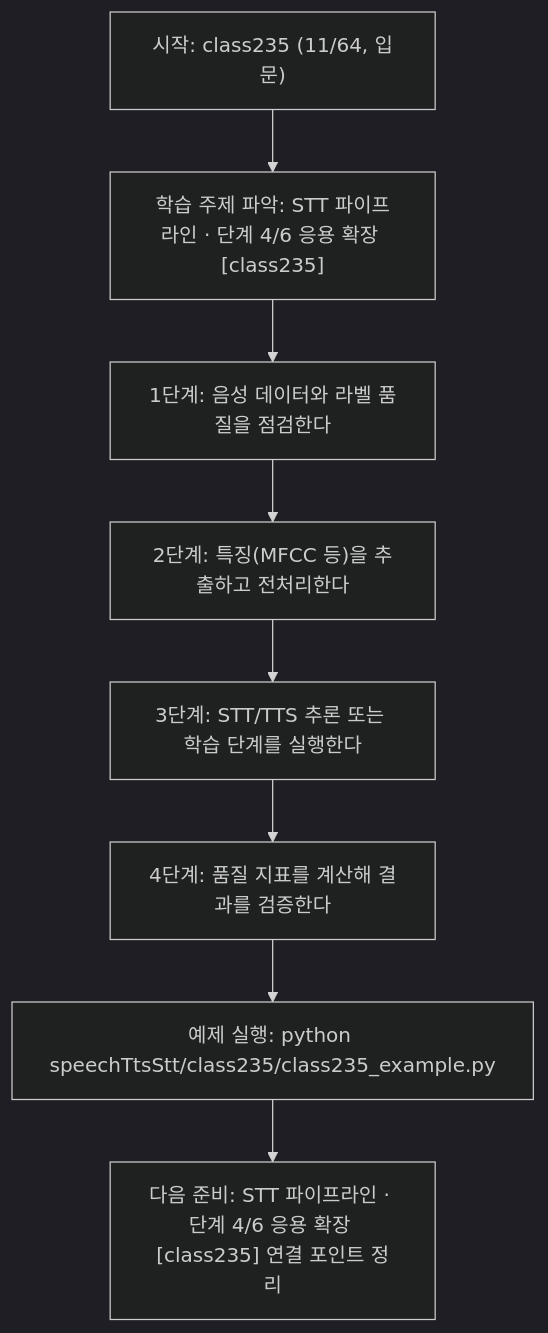
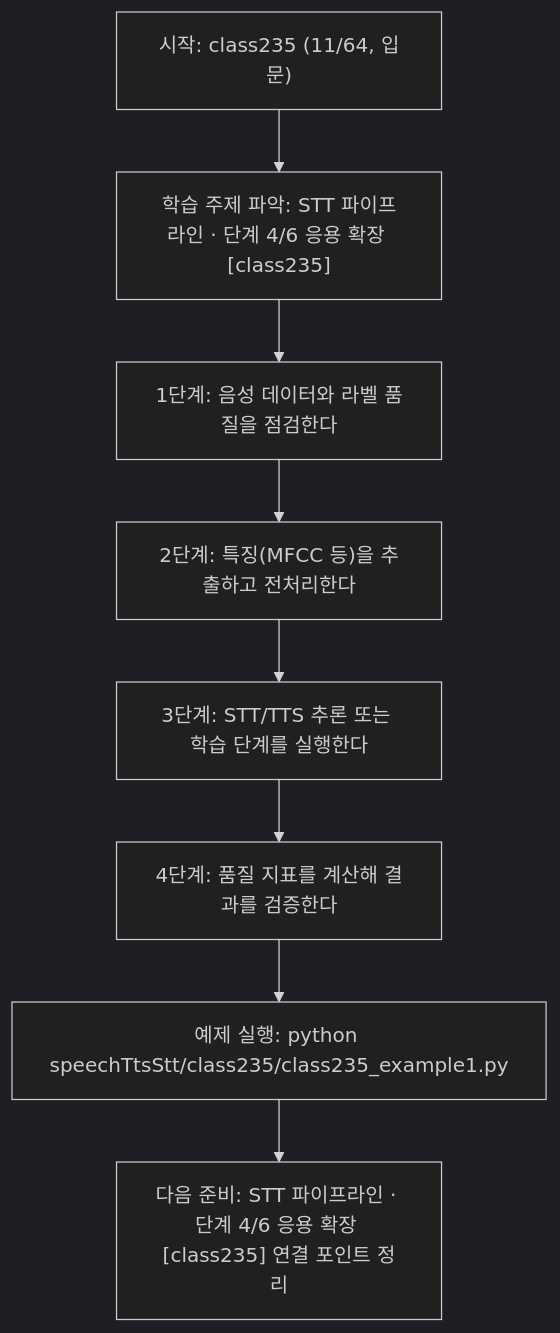
Before and after one commit to edumgt/Python-AI_Agent-Class: the diagram in speechTtsStt/class235/class235.md, drawn with Mermaid (dark theme). The commit also changed other lines of this file and 2959 other files, not shown here.

````diff
--- a/speechTtsStt/class235/class235.md
+++ b/speechTtsStt/class235/class235.md
@@ -113,18 +113,18 @@
 ```mermaid
 flowchart TD
 N1["시작: class235 (11/64, 입문)"]
 N2["학습 주제 파악: STT 파이프라인 · 단계 4/6 응용 확장 [class235]"]
 N3["1단계: 음성 데이터와 라벨 품질을 점검한다"]
 N4["2단계: 특징(MFCC 등)을 추출하고 전처리한다"]
 N5["3단계: STT/TTS 추론 또는 학습 단계를 실행한다"]
 N6["4단계: 품질 지표를 계산해 결과를 검증한다"]
-N7["예제 실행: python speechTtsStt/class235/class235_example.py"]
+N7["예제 실행: python speechTtsStt/class235/class235_example1.py"]
 N8["다음 준비: STT 파이프라인 · 단계 4/6 응용 확장 [class235] 연결 포인트 정리"]
 N1 --> N2
 N2 --> N3
 N3 --> N4
 N4 --> N5
 N5 --> N6
 N6 --> N7
 N7 --> N8
 ```
````
